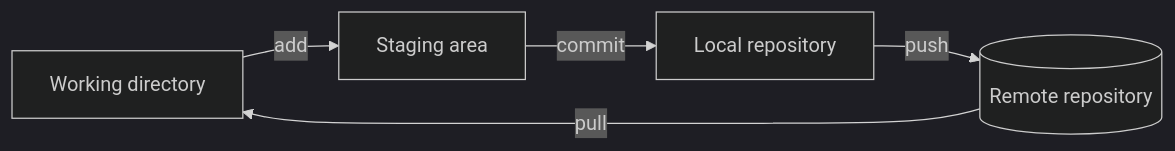
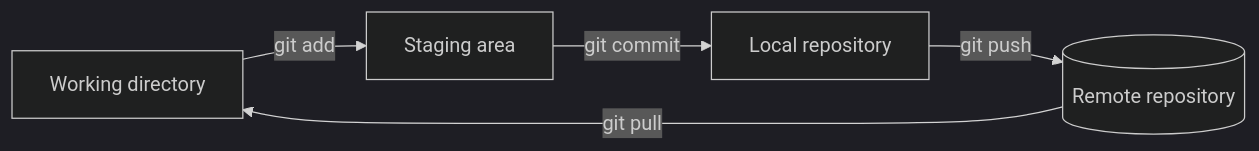
The second of 2 diagrams in docs/git/git.md (jparisu/nlp-esperantilo), drawn with Mermaid (dark theme) before and after one commit. The commit also changed other lines of this file and 11 other files, not shown here.

````diff
--- a/docs/git/git.md
+++ b/docs/git/git.md
@@ -22,7 +82,7 @@
 ```mermaid
 flowchart LR
-    W[Working directory] -->|add| S[Staging area]
-    S -->|commit| L[Local repository]
-    L -->|push| R[(Remote repository)]
-    R -->|pull| W
+    W[Working directory] -->|git add| S[Staging area]
+    S -->|git commit| L[Local repository]
+    L -->|git push| R[(Remote repository)]
+    R -->|git pull| W
 ```
````
